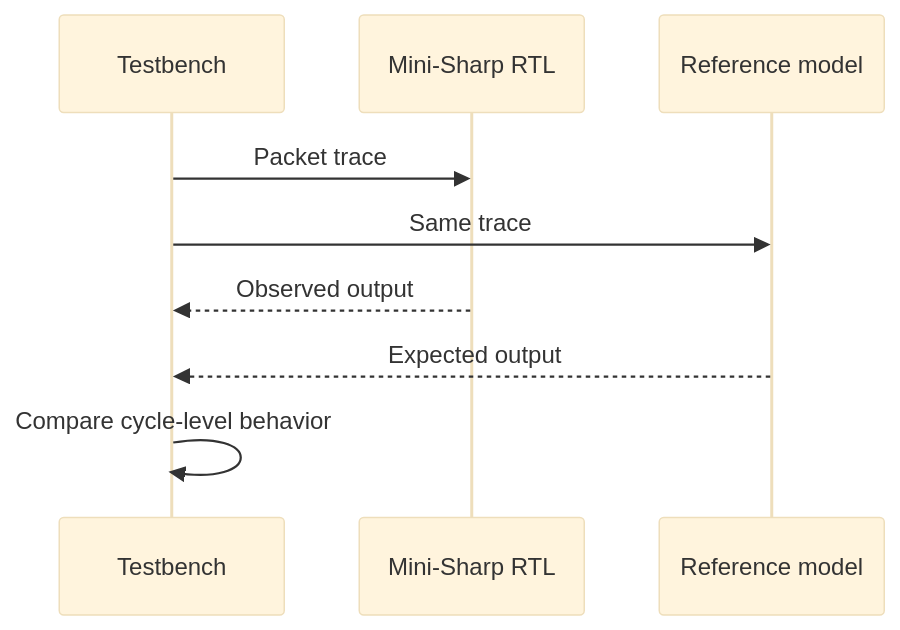
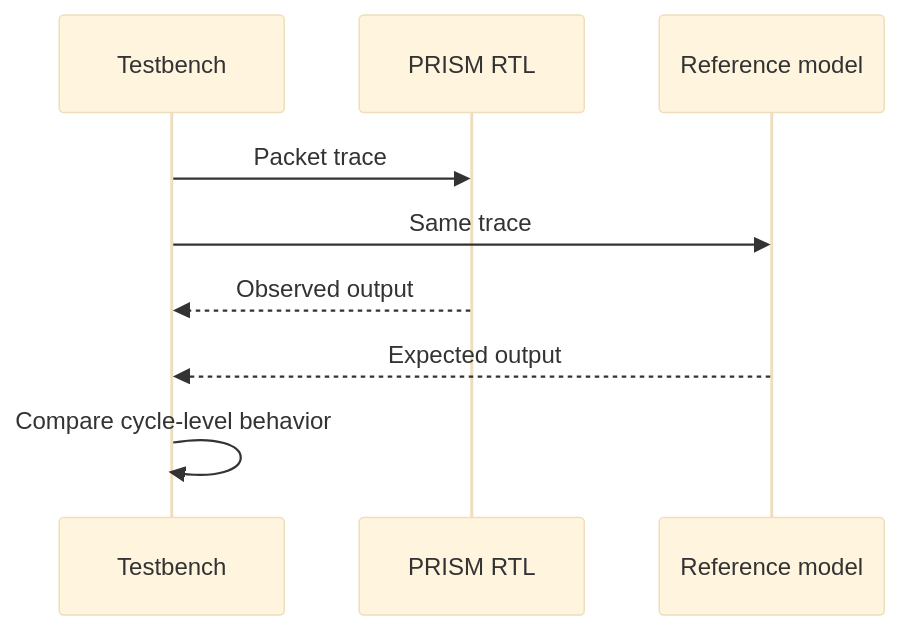
The second of 2 diagrams in docs/drafts/writing-examples.example.md (uniquadev/prism), drawn with Mermaid (base theme) before and after one commit. The commit also changed other lines of this file and 21 other files, not shown here.

Commit message:
Rename MiniSharp to PRISM

````diff
--- a/docs/drafts/writing-examples.example.md
+++ b/docs/drafts/writing-examples.example.md
@@ -30,11 +30,11 @@
 ```mermaid
 sequenceDiagram
   participant TB as Testbench
-  participant DUT as Mini-Sharp RTL
+  participant DUT as PRISM RTL
   participant Ref as Reference model
   TB->>DUT: Packet trace
   TB->>Ref: Same trace
   DUT-->>TB: Observed output
   Ref-->>TB: Expected output
   TB->>TB: Compare cycle-level behavior
 ```
````
